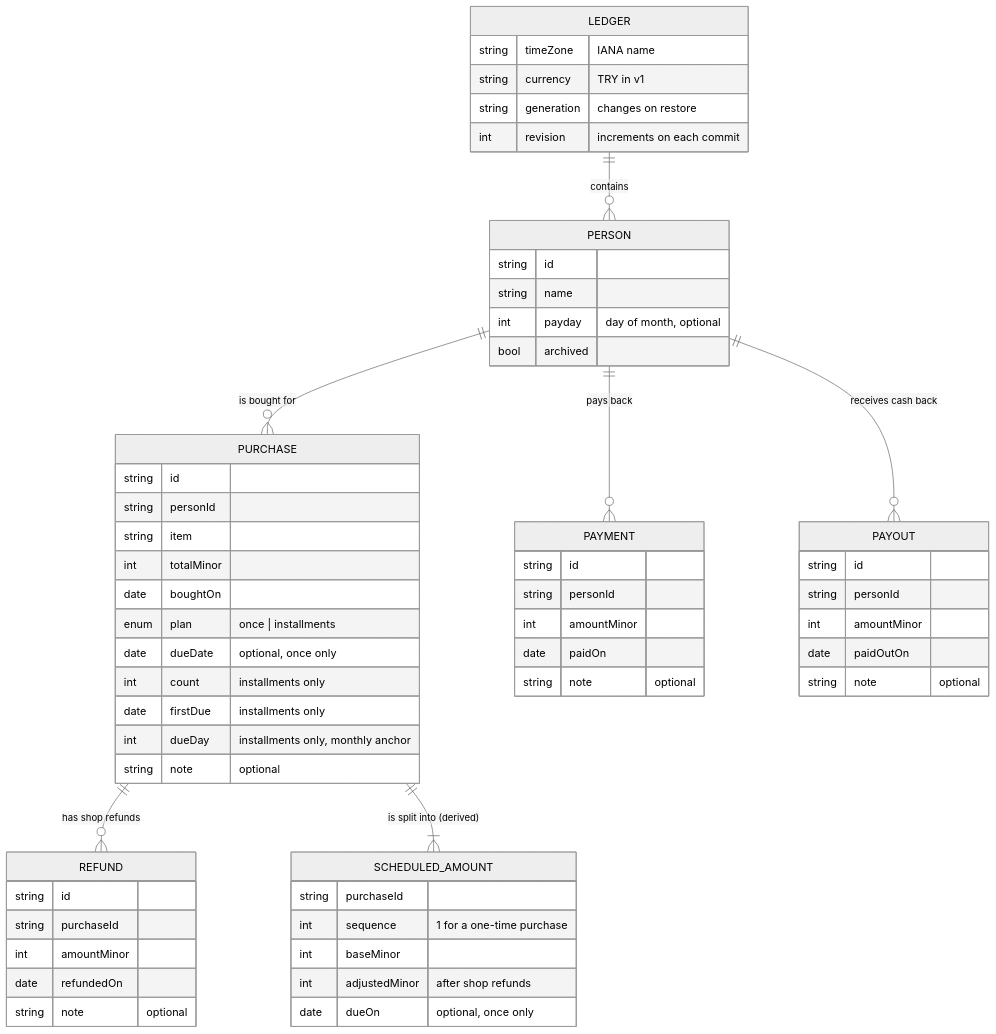
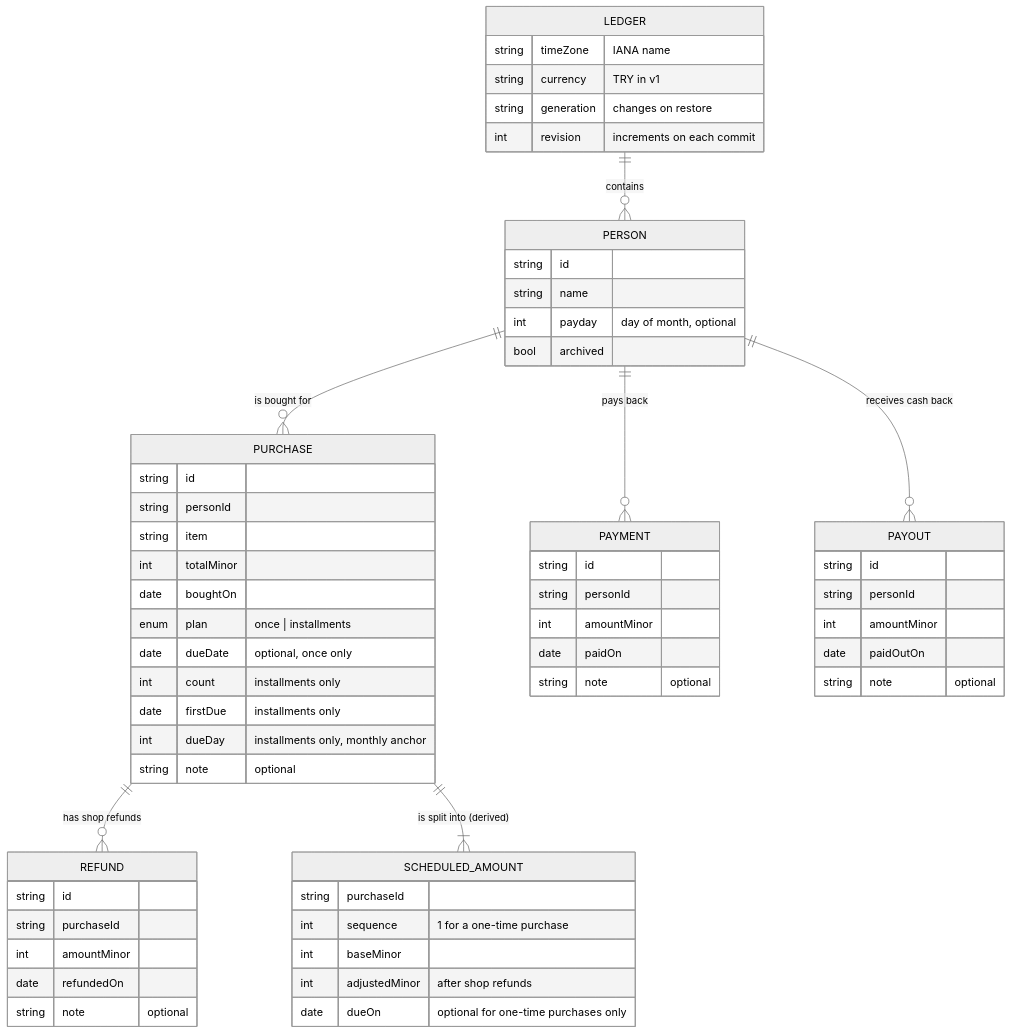
Before and after one commit to zekihan/family-tab: the first of 3 diagrams in docs/DESIGN.md, drawn with Mermaid (neutral theme). The commit also changed other lines of this file, not shown here.

````diff
--- a/docs/DESIGN.md
+++ b/docs/DESIGN.md
@@ -55,62 +55,62 @@
 ```mermaid
 erDiagram
     LEDGER ||--o{ PERSON : "contains"
     PERSON ||--o{ PURCHASE : "is bought for"
     PERSON ||--o{ PAYMENT : "pays back"
     PERSON ||--o{ PAYOUT : "receives cash back"
     PURCHASE ||--o{ REFUND : "has shop refunds"
     PURCHASE ||--|{ SCHEDULED_AMOUNT : "is split into (derived)"
     LEDGER {
         string timeZone "IANA name"
         string currency "TRY in v1"
         string generation "changes on restore"
         int revision "increments on each commit"
     }
     PERSON {
         string id
         string name
         int payday "day of month, optional"
         bool archived
     }
     PURCHASE {
         string id
         string personId
         string item
         int totalMinor
         date boughtOn
         enum plan "once | installments"
         date dueDate "optional, once only"
         int count "installments only"
         date firstDue "installments only"
         int dueDay "installments only, monthly anchor"
         string note "optional"
     }
     PAYMENT {
         string id
         string personId
         int amountMinor
         date paidOn
         string note "optional"
     }
     REFUND {
         string id
         string purchaseId
         int amountMinor
         date refundedOn
         string note "optional"
     }
     PAYOUT {
         string id
         string personId
         int amountMinor
         date paidOutOn
         string note "optional"
     }
     SCHEDULED_AMOUNT {
         string purchaseId
         int sequence "1 for a one-time purchase"
         int baseMinor
         int adjustedMinor "after shop refunds"
-        date dueOn "optional, once only"
+        date dueOn "optional for one-time purchases only"
     }
 ```
````
